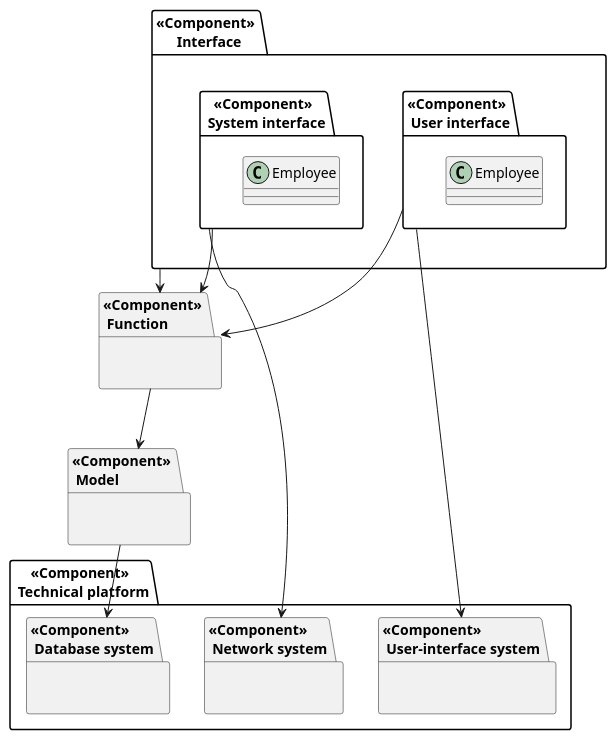
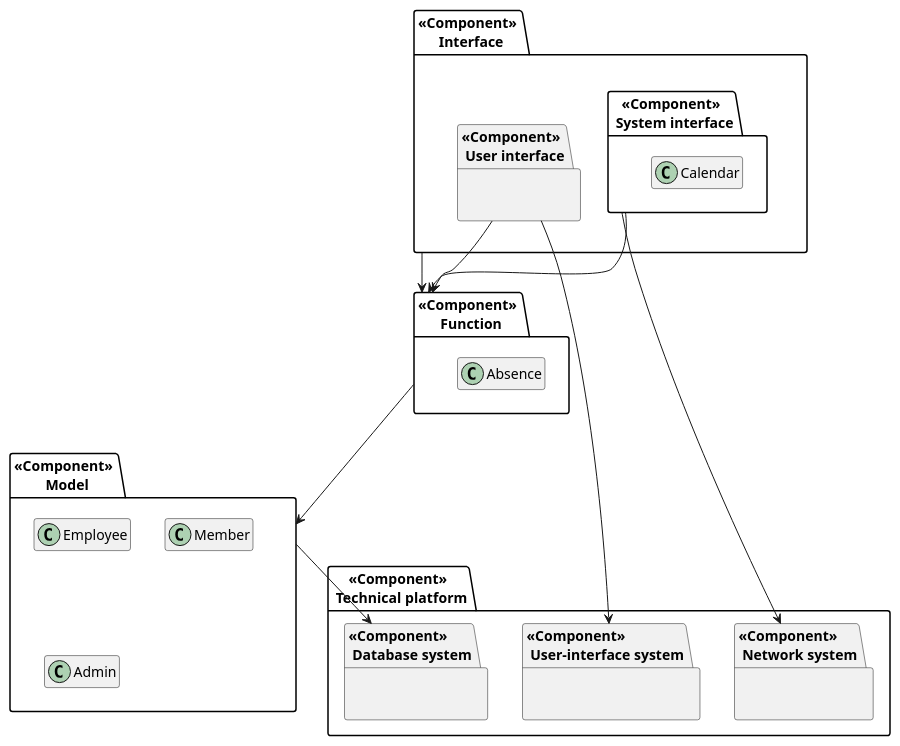
Before and after one commit to cs-24-sw-3-01/p3: the diagram in uml/component_diagram.puml, drawn with PlantUML.

Commit message:
added classes to relevant components

```diff
--- a/uml/component_diagram.puml
+++ b/uml/component_diagram.puml
@@ -1,59 +1,65 @@
 @startuml component_diagram
 top to bottom direction
+hide empty methods
+hide empty members
 
 package "<<Component>> \n Interface" {
     package "<<Component>> \n System interface"{
-        class Employee {
-
-        }
+     class Calendar {}
 
     }
     package "<<Component>> \n User interface"{
-        class Employee {
-
-        }
+       
 
     }
 
 }
 
 package "<<Component>> \n Function" {
+    class Absence {}
+    
 
 }
 package "<<Component>> \n Model" {
+    class Employee {}
+
+    class Member {}
+
+    class Admin {}
+
 
 }
 
 package "<<Component>> \n Technical platform"{
     package "<<Component>> \n Database system"{
 
     }
-    
+
     package "<<Component>> \n User-interface system"{
 
     }
 
     package "<<Component>> \n Network system"{
 
     }
 
 
 
 
 }
 
 "<<Component>> \n Model" --> "<<Component>> \n Database system"
 "<<Component>> \n System interface" --> "<<Component>> \n Function"
 "<<Component>> \n System interface" --> "<<Component>> \n Network system"
 
 "<<Component>> \n User interface" --> "<<Component>> \n User-interface system"
 "<<Component>> \n User interface" --> "<<Component>> \n Function"
 
 
 "<<Component>> \n Interface" --> "<<Component>> \n Function"
 
 "<<Component>> \n Function" --> "<<Component>> \n Model"
 
 
 
 @enduml
```
